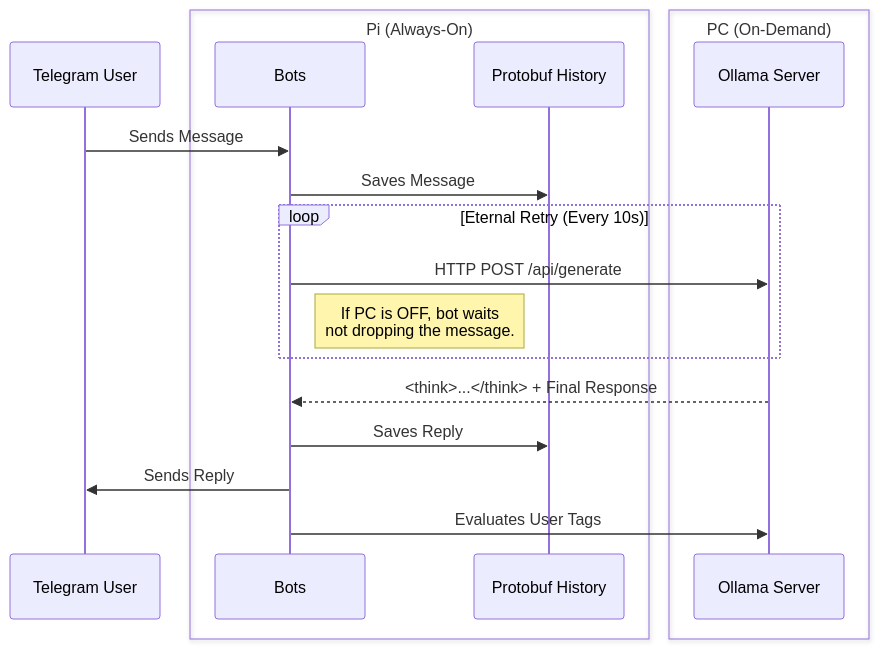
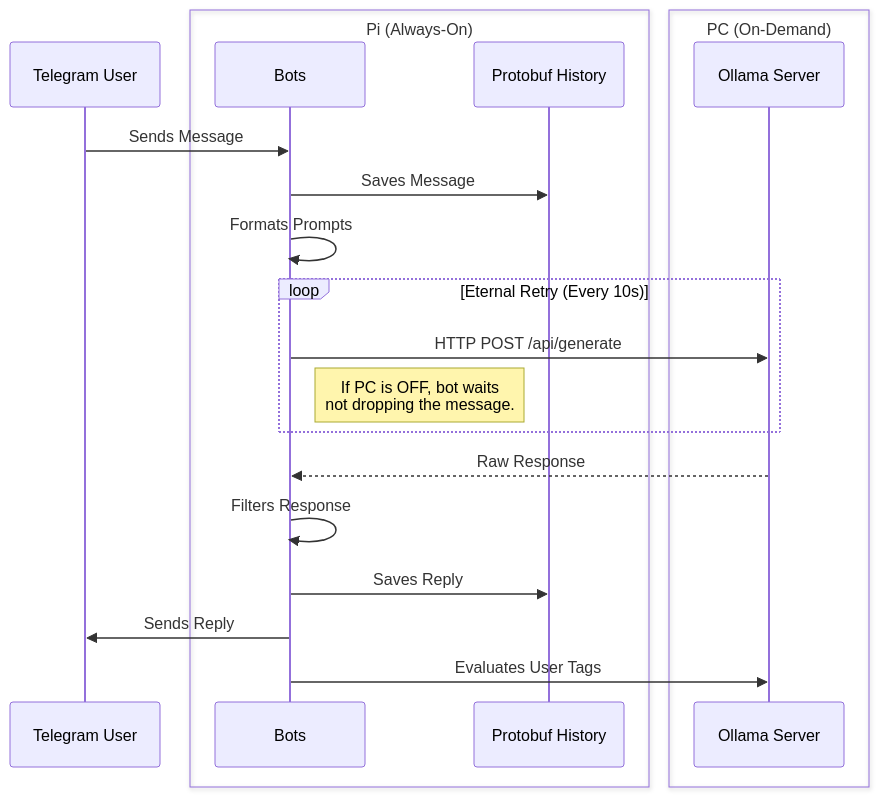
The diagram in README.md (vadimfedulov101/tg-llm-multibot), drawn with Mermaid before and after one commit.

Commit message:
detailed

````diff
--- a/README.md
+++ b/README.md
@@ -16,22 +16,24 @@
 ```mermaid
 sequenceDiagram
     participant U as Telegram User
     box Pi (Always-On)
         participant B as Bots
         participant Q as Protobuf History
     end
     box PC (On-Demand)
         participant O as Ollama Server
     end
 
     U->>B: Sends Message
     B->>Q: Saves Message
+    B->>B: Formats Prompts
     loop Eternal Retry (Every 10s)
         B->>O: HTTP POST /api/generate
         note right of B: If PC is OFF, bot waits<br/>not dropping the message.
     end
-    O-->>B: <think>...</think> + Final Response
+    O-->>B: Raw Response
+    B->>B: Filters Response
     B->>Q: Saves Reply
     B->>U: Sends Reply
     B->>O: Evaluates User Tags
 ```
````
